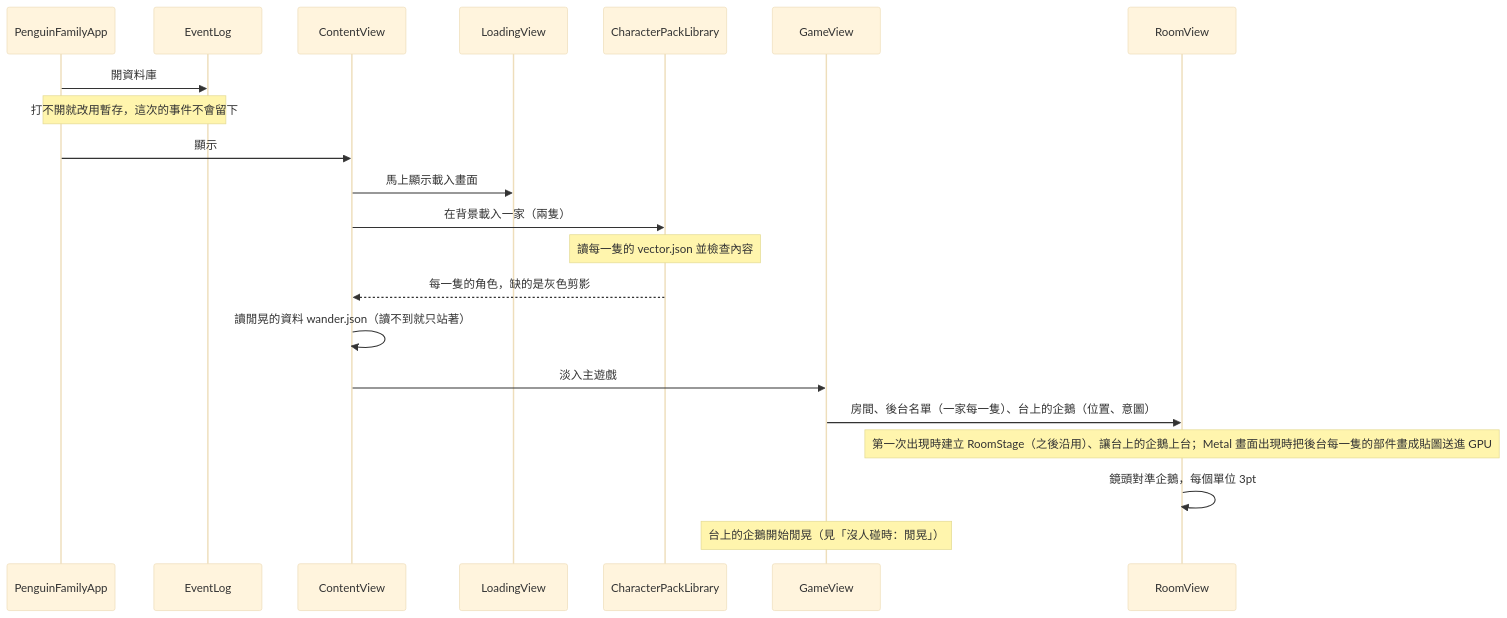
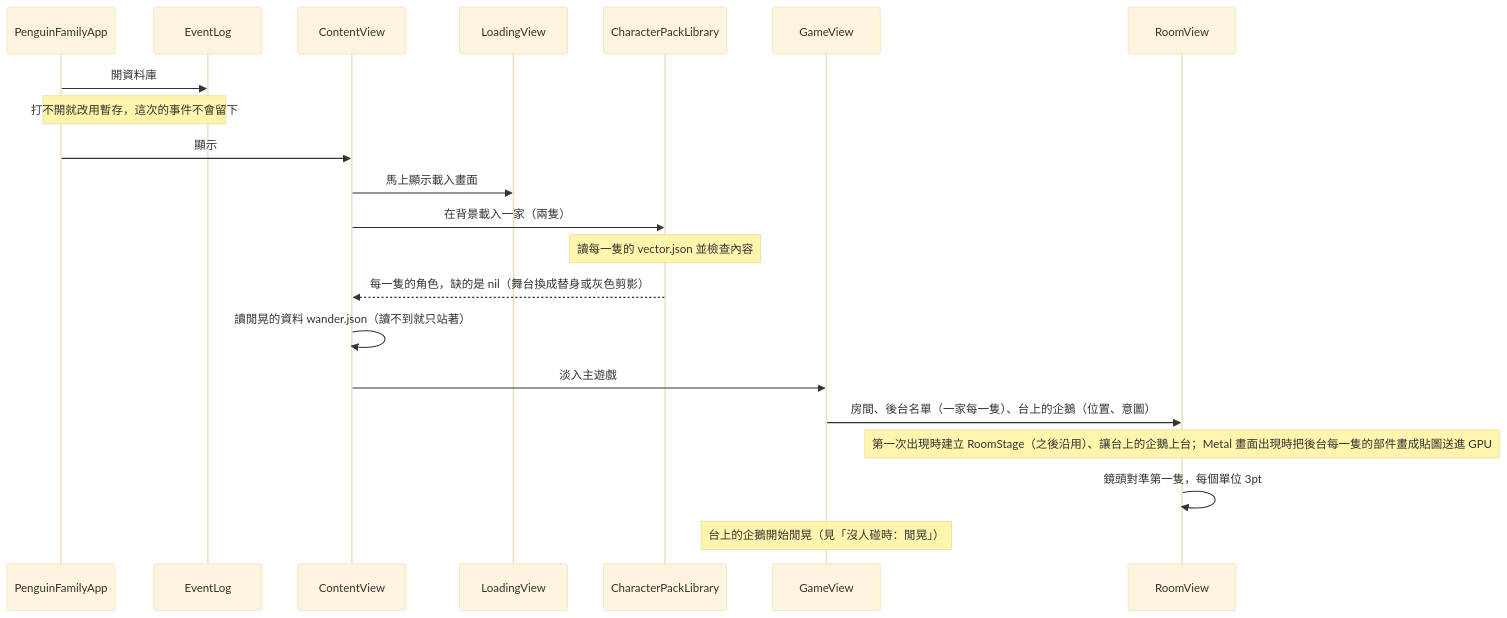
The second of 5 diagrams in docs/code-map.md (CBHeng/penguin-family), drawn with Mermaid (base theme) before and after one commit. The commit also changed other lines of this file and 21 other files, not shown here.

````diff
--- a/docs/code-map.md
+++ b/docs/code-map.md
@@ -184,24 +184,24 @@
 ```mermaid
 sequenceDiagram
     participant App as PenguinFamilyApp
     participant Log as EventLog
     participant CV as ContentView
     participant LV as LoadingView
     participant Lib as CharacterPackLibrary
     participant GV as GameView
     participant RV as RoomView
 
     App->>Log: 開資料庫
     Note over App,Log: 打不開就改用暫存，這次的事件不會留下
     App->>CV: 顯示
     CV->>LV: 馬上顯示載入畫面
     CV->>Lib: 在背景載入一家（兩隻）
     Note over Lib: 讀每一隻的 vector.json 並檢查內容
-    Lib-->>CV: 每一隻的角色，缺的是灰色剪影
+    Lib-->>CV: 每一隻的角色，缺的是 nil（舞台換成替身或灰色剪影）
     CV->>CV: 讀閒晃的資料 wander.json（讀不到就只站著）
     CV->>GV: 淡入主遊戲
     GV->>RV: 房間、後台名單（一家每一隻）、台上的企鵝（位置、意圖）
     Note over RV: 第一次出現時建立 RoomStage（之後沿用）、讓台上的企鵝上台；Metal 畫面出現時把後台每一隻的部件畫成貼圖送進 GPU
-    RV->>RV: 鏡頭對準企鵝，每個單位 3pt
+    RV->>RV: 鏡頭對準第一隻，每個單位 3pt
     Note over GV: 台上的企鵝開始閒晃（見「沒人碰時：閒晃」）
 ```
````
